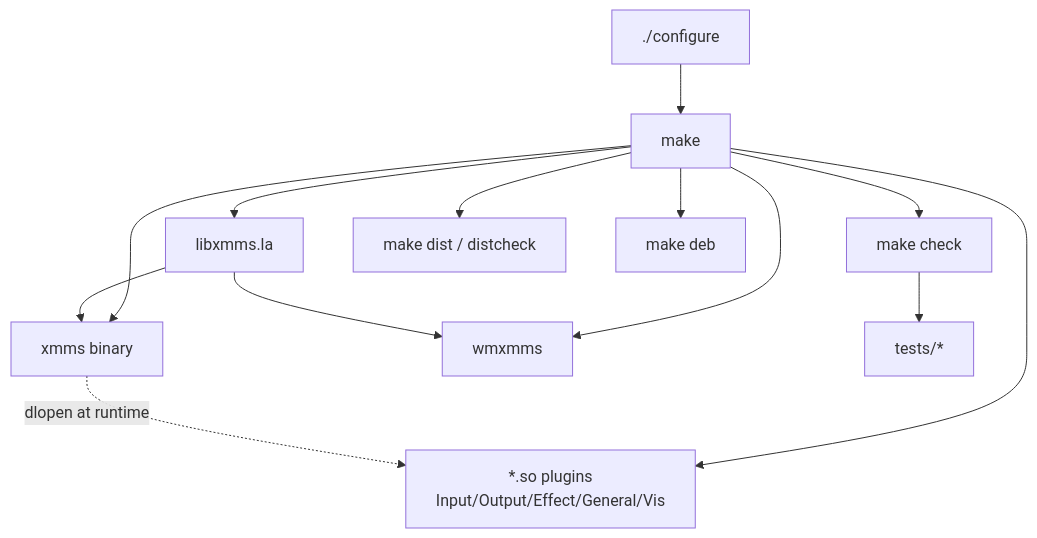
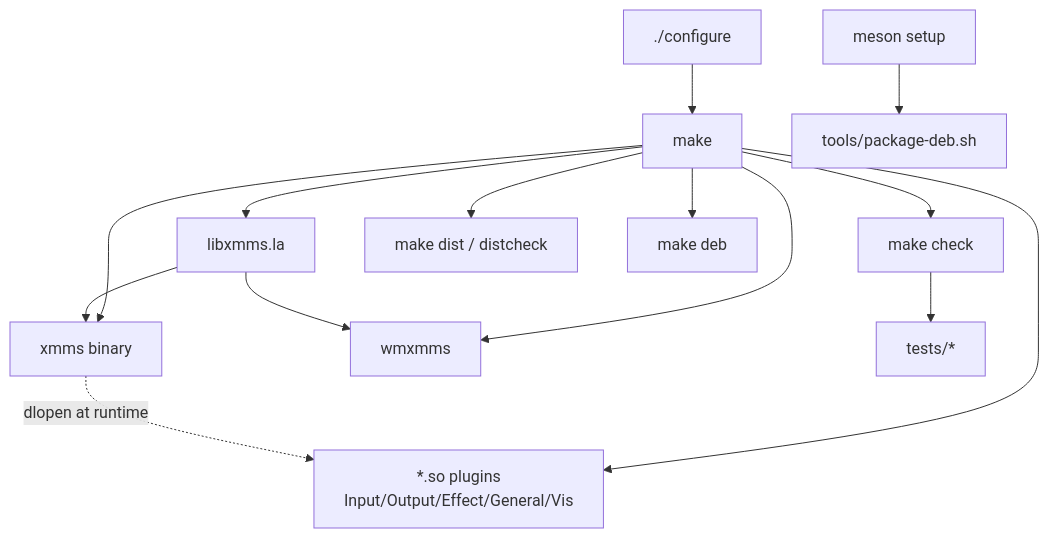
Before and after one commit to tuunanet/xmms-gtk4-experimental: the first of 4 diagrams in docs/architecture/build-and-test.md, drawn with Mermaid. The commit also changed other lines of this file and 50 other files, not shown here.

````diff
--- a/docs/architecture/build-and-test.md
+++ b/docs/architecture/build-and-test.md
@@ -43,15 +43,16 @@
 ```mermaid
 flowchart TB
     CFG[./configure] --> MAKE[make]
     MAKE --> LIB[libxmms.la]
     MAKE --> BIN[xmms binary]
     MAKE --> PLUG["*.so plugins<br/>Input/Output/Effect/General/Vis"]
     MAKE --> DOCK[wmxmms]
     LIB --> BIN
     LIB --> DOCK
     BIN -.->|dlopen at runtime| PLUG
     MAKE --> CHK[make check]
     CHK --> T["tests/*"]
     MAKE --> DIST[make dist / distcheck]
     MAKE --> DEB[make deb]
+    MESON[meson setup] --> MDEB[tools/package-deb.sh]
 ```
````
